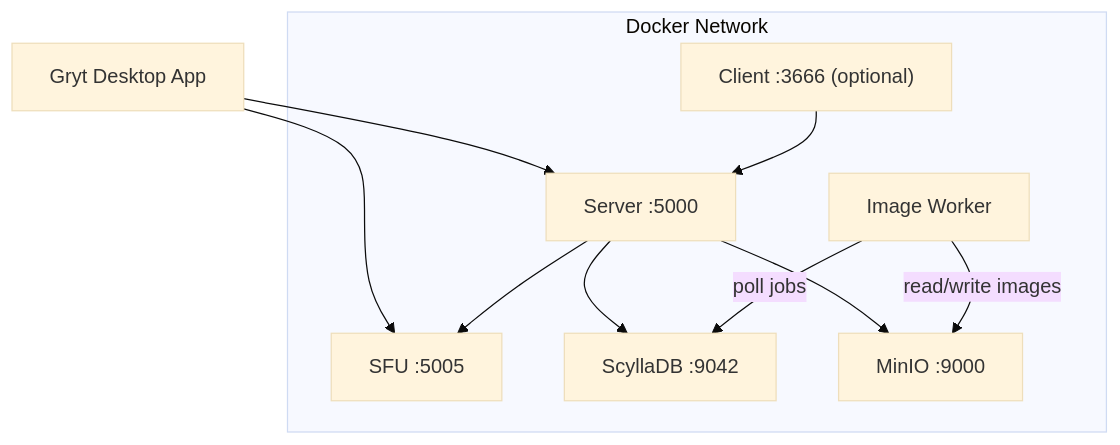
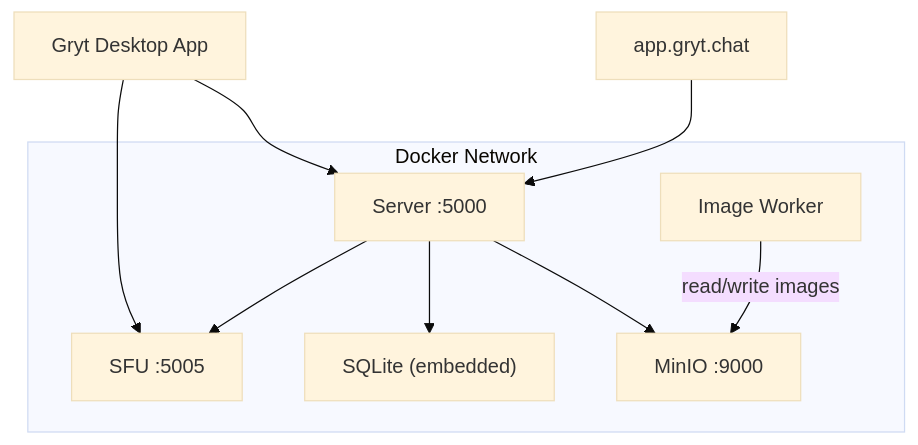
The diagram in content/docs/deployment/docker-compose.mdx (Gryt-chat/docs), drawn with Mermaid (base theme) before and after one commit. The commit also changed other lines of this file and 4 other files, not shown here.

````diff
--- a/content/docs/deployment/docker-compose.mdx
+++ b/content/docs/deployment/docker-compose.mdx
@@ -102,13 +100,12 @@
 ```mermaid
 graph TD
   Desktop["Gryt Desktop App"] --> Server["Server :5000"]
   Desktop --> SFU["SFU :5005"]
+  WebClient["app.gryt.chat"] --> Server
   subgraph Docker Network
-    Client["Client :3666 (optional)"] --> Server
     Server --> SFU
-    Server --> Scylla["ScyllaDB :9042"]
+    Server --> SQLite["SQLite (embedded)"]
     Server --> MinIO["MinIO :9000"]
-    ImageWorker["Image Worker"] -->|"poll jobs"| Scylla
-    ImageWorker -->|"read/write images"| MinIO
+    ImageWorker["Image Worker"] -->|"read/write images"| MinIO
   end
 ```
````
